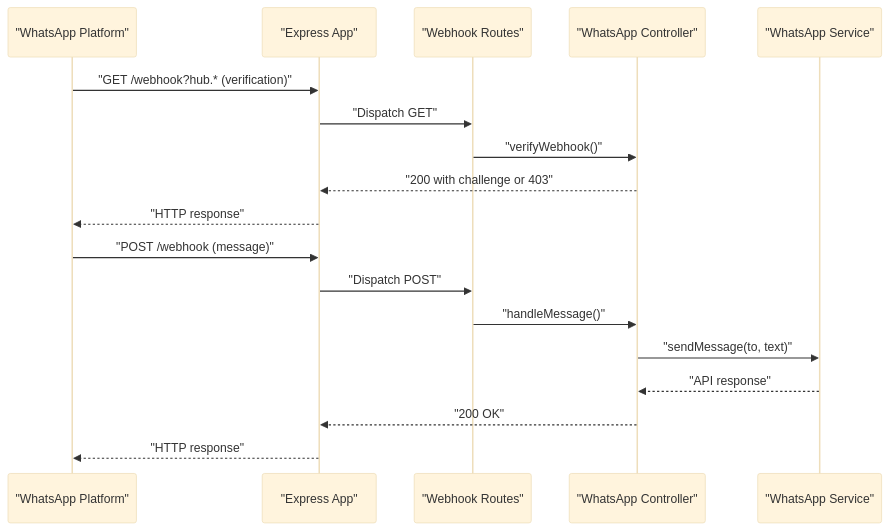
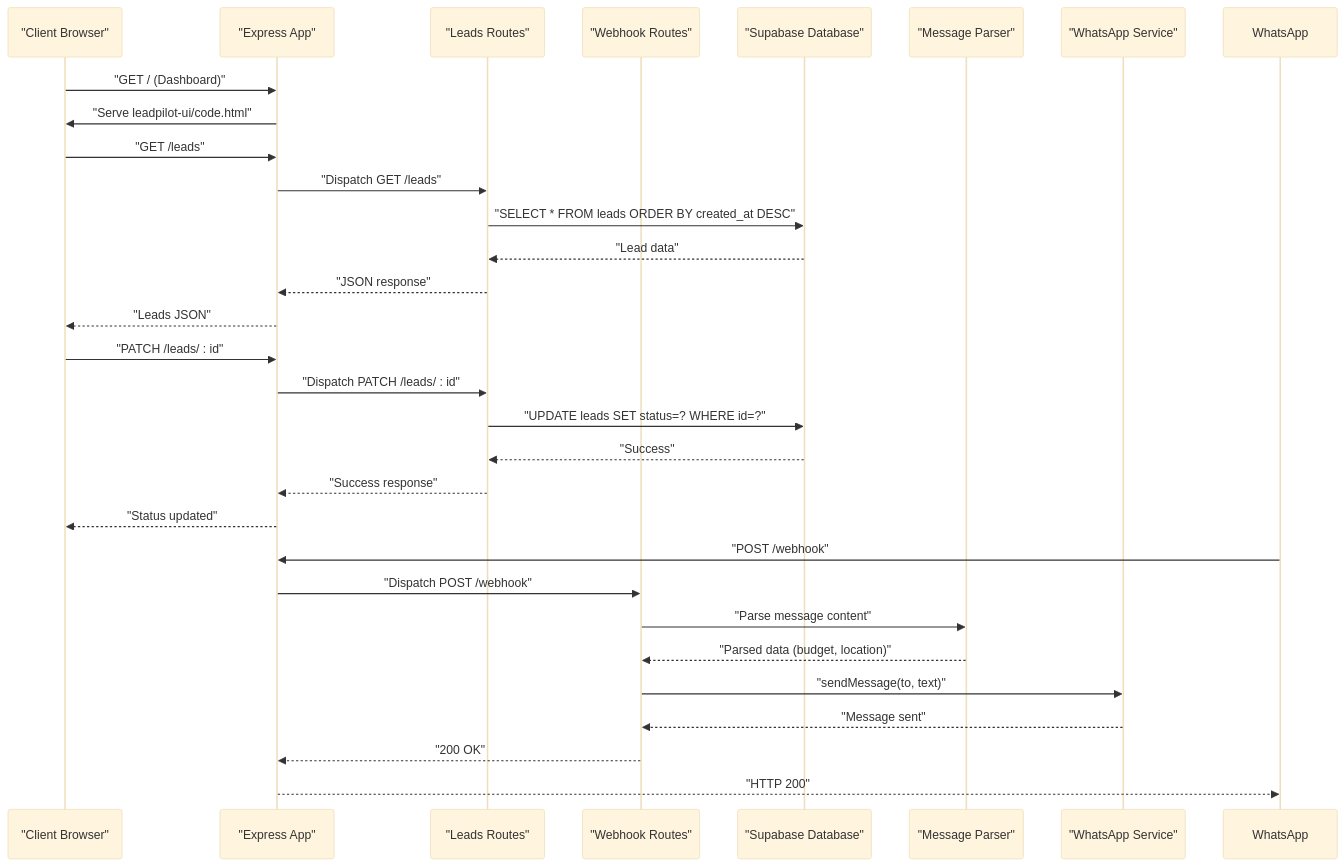
Before and after one commit to hariom-wdsadhunik/SaaS-Project: the second of 2 diagrams in .qoder/repowiki/en/content/Deployment & Operations.md, drawn with Mermaid (base theme). The commit also changed other lines of this file and 13 other files, not shown here.

First line of the commit message:
feat(api): integrate lead management and real-time dashboard UI

````diff
--- a/.qoder/repowiki/en/content/Deployment & Operations.md
+++ b/.qoder/repowiki/en/content/Deployment & Operations.md
@@ -87,20 +116,32 @@
 ```mermaid
 sequenceDiagram
-participant FB as "WhatsApp Platform"
+participant Client as "Client Browser"
 participant App as "Express App"
-participant Route as "Webhook Routes"
-participant Ctrl as "WhatsApp Controller"
-participant Svc as "WhatsApp Service"
-FB->>App : "GET /webhook?hub.* (verification)"
-App->>Route : "Dispatch GET"
-Route->>Ctrl : "verifyWebhook()"
-Ctrl-->>App : "200 with challenge or 403"
-App-->>FB : "HTTP response"
-FB->>App : "POST /webhook (message)"
-App->>Route : "Dispatch POST"
-Route->>Ctrl : "handleMessage()"
-Ctrl->>Svc : "sendMessage(to, text)"
-Svc-->>Ctrl : "API response"
-Ctrl-->>App : "200 OK"
-App-->>FB : "HTTP response"
+participant LeadsRoute as "Leads Routes"
+participant WhatsAppRoute as "Webhook Routes"
+participant DB as "Supabase Database"
+participant Parser as "Message Parser"
+participant WAService as "WhatsApp Service"
+Client->>App : "GET / (Dashboard)"
+App->>Client : "Serve leadpilot-ui/code.html"
+Client->>App : "GET /leads"
+App->>LeadsRoute : "Dispatch GET /leads"
+LeadsRoute->>DB : "SELECT * FROM leads ORDER BY created_at DESC"
+DB-->>LeadsRoute : "Lead data"
+LeadsRoute-->>App : "JSON response"
+App-->>Client : "Leads JSON"
+Client->>App : "PATCH /leads/ : id"
+App->>LeadsRoute : "Dispatch PATCH /leads/ : id"
+LeadsRoute->>DB : "UPDATE leads SET status=? WHERE id=?"
+DB-->>LeadsRoute : "Success"
+LeadsRoute-->>App : "Success response"
+App-->>Client : "Status updated"
+WhatsApp->>App : "POST /webhook"
+App->>WhatsAppRoute : "Dispatch POST /webhook"
+WhatsAppRoute->>Parser : "Parse message content"
+Parser-->>WhatsAppRoute : "Parsed data (budget, location)"
+WhatsAppRoute->>WAService : "sendMessage(to, text)"
+WAService-->>WhatsAppRoute : "Message sent"
+WhatsAppRoute-->>App : "200 OK"
+App-->>WhatsApp : "HTTP 200"
 ```
````
